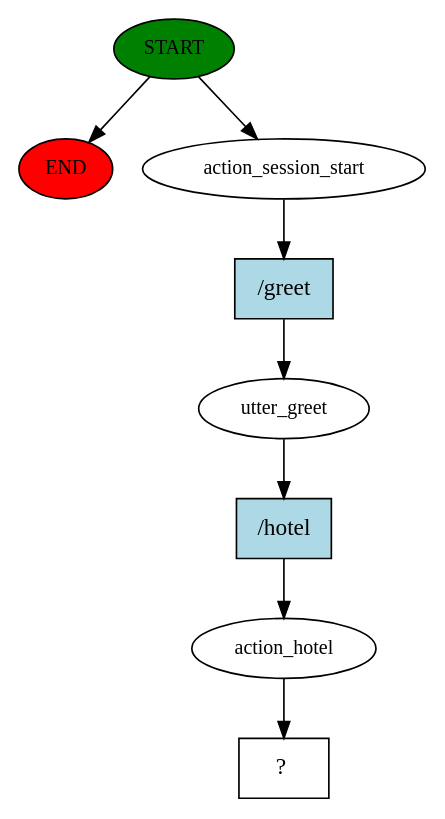
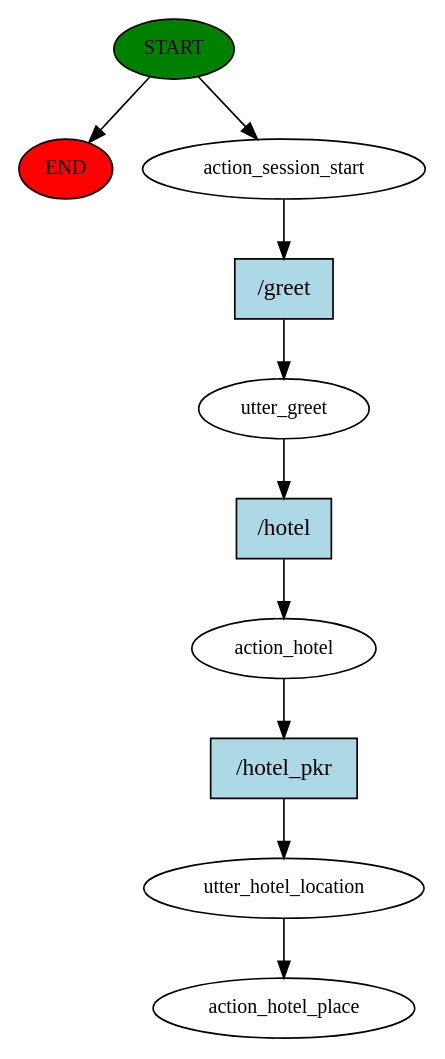
Before and after one commit to dristi-sigdel/reservation-bot: the diagram in story_graph.dot, drawn with Graphviz. The commit also changed 391 other files, not shown here.

```diff
--- a/story_graph.dot
+++ b/story_graph.dot
@@ -1,17 +1,21 @@
 digraph  {
 0 [class="start active", fillcolor=green, fontsize=12, label=START, style=filled];
 "-1" [class=end, fillcolor=red, fontsize=12, label=END, style=filled];
 1 [class=active, fontsize=12, label=action_session_start];
 2 [class=active, fontsize=12, label=utter_greet];
 3 [class=active, fontsize=12, label=action_hotel];
-4 [class="intent dashed active", label="  ?  ", shape=rect];
-5 [class="intent active", fillcolor=lightblue, label="/greet", shape=rect, style=filled];
-6 [class="intent active", fillcolor=lightblue, label="/hotel", shape=rect, style=filled];
+4 [class=active, fontsize=12, label=utter_hotel_location];
+5 [class="dashed active", fontsize=12, label=action_hotel_place];
+6 [class="intent active", fillcolor=lightblue, label="/greet", shape=rect, style=filled];
+7 [class="intent active", fillcolor=lightblue, label="/hotel", shape=rect, style=filled];
+8 [class="intent active", fillcolor=lightblue, label="/hotel_pkr", shape=rect, style=filled];
 0 -> "-1"  [class="", key=NONE, label=""];
 0 -> 1  [class=active, key=NONE, label=""];
-1 -> 5  [class=active, key=0];
-2 -> 6  [class=active, key=0];
-3 -> 4  [class=active, key=NONE, label=""];
-5 -> 2  [class=active, key=0];
-6 -> 3  [class=active, key=0];
+1 -> 6  [class=active, key=0];
+2 -> 7  [class=active, key=0];
+3 -> 8  [class=active, key=0];
+4 -> 5  [class=active, key=NONE, label=""];
+6 -> 2  [class=active, key=0];
+7 -> 3  [class=active, key=0];
+8 -> 4  [class=active, key=0];
 }
```
